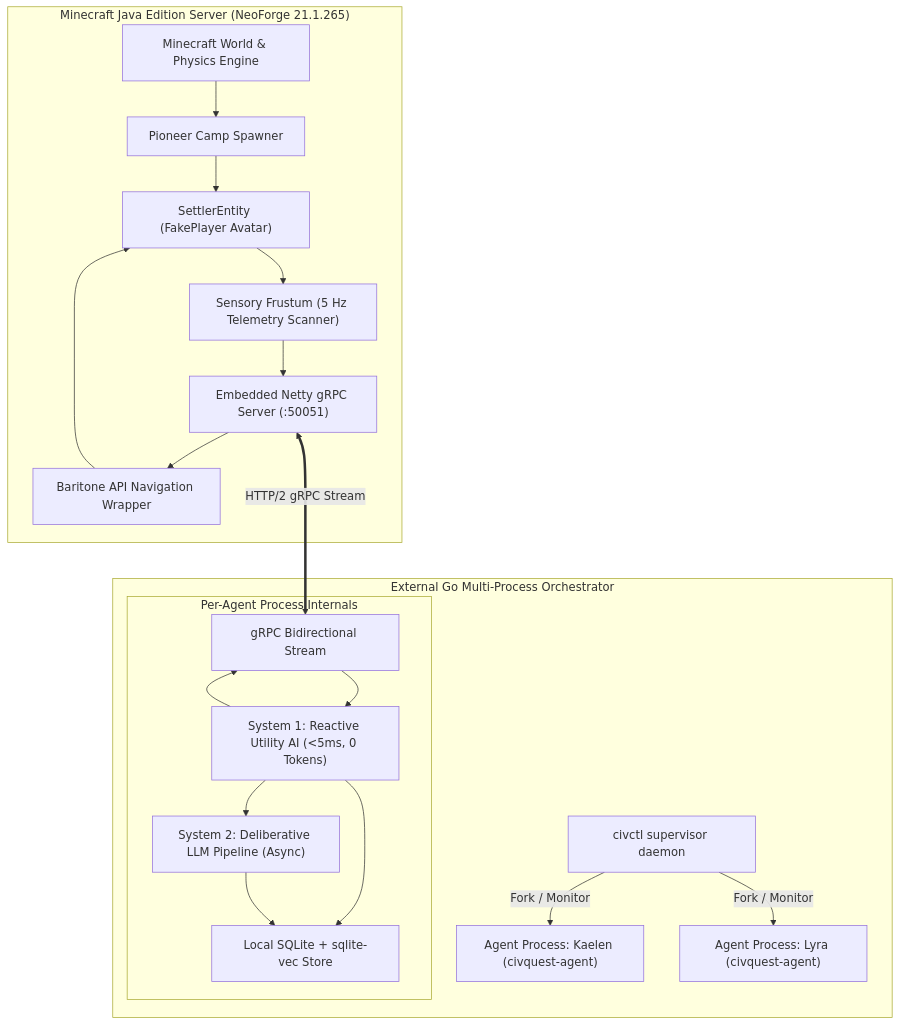
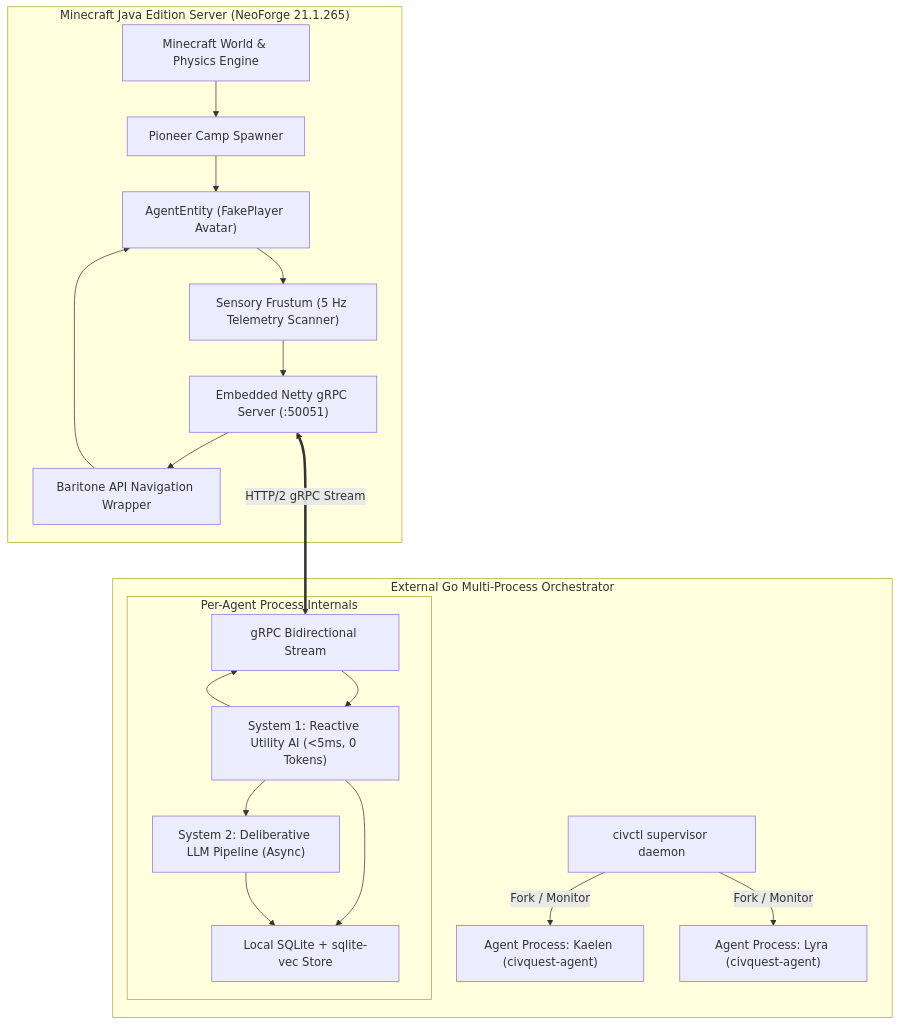
The diagram in doc/ai/01-architecture-overview.md (btposey/civquest), drawn with Mermaid before and after one commit. The commit also changed other lines of this file and 61 other files, not shown here.

Commit message:
refactor: replace 'settler' with 'agent'; collapse to single /cq tell command, drop aliases (cq-csl)

````diff
--- a/doc/ai/01-architecture-overview.md
+++ b/doc/ai/01-architecture-overview.md
@@ -12,42 +12,42 @@
 ```mermaid
 flowchart TB
     subgraph Minecraft_JVM ["Minecraft Java Edition Server (NeoForge 21.1.265)"]
         World["Minecraft World & Physics Engine"]
         Camp["Pioneer Camp Spawner"]
-        Entity["SettlerEntity (FakePlayer Avatar)"]
+        Entity["AgentEntity (FakePlayer Avatar)"]
         Frustum["Sensory Frustum (5 Hz Telemetry Scanner)"]
         Baritone["Baritone API Navigation Wrapper"]
         Netty["Embedded Netty gRPC Server (:50051)"]
 
         World --> Camp
         Camp --> Entity
         Entity --> Frustum
         Frustum --> Netty
         Netty --> Baritone
         Baritone --> Entity
     end
 
     subgraph Go_Orchestrator ["External Go Multi-Process Orchestrator"]
         Supervisor["civctl supervisor daemon"]
         Worker1["Agent Process: Kaelen (civquest-agent)"]
         Worker2["Agent Process: Lyra (civquest-agent)"]
 
         subgraph Worker_Internals ["Per-Agent Process Internals"]
             gRPC_Client["gRPC Bidirectional Stream"]
             S1["System 1: Reactive Utility AI (<5ms, 0 Tokens)"]
             S2["System 2: Deliberative LLM Pipeline (Async)"]
             DB["Local SQLite + sqlite-vec Store"]
 
             gRPC_Client --> S1
             S1 --> S2
             S1 --> DB
             S2 --> DB
             S1 --> gRPC_Client
         end
 
         Supervisor -->|Fork / Monitor| Worker1
         Supervisor -->|Fork / Monitor| Worker2
     end
 
     Netty <===>|HTTP/2 gRPC Stream| gRPC_Client
 ```
````
